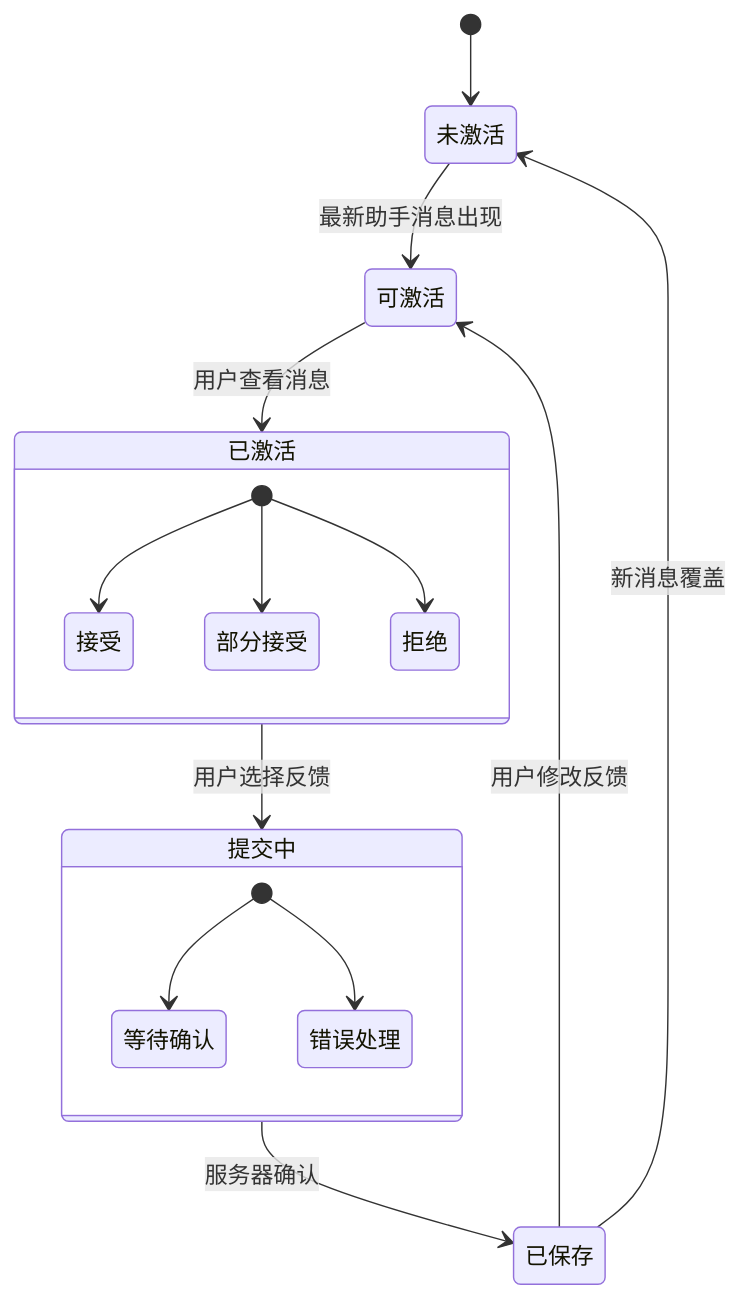
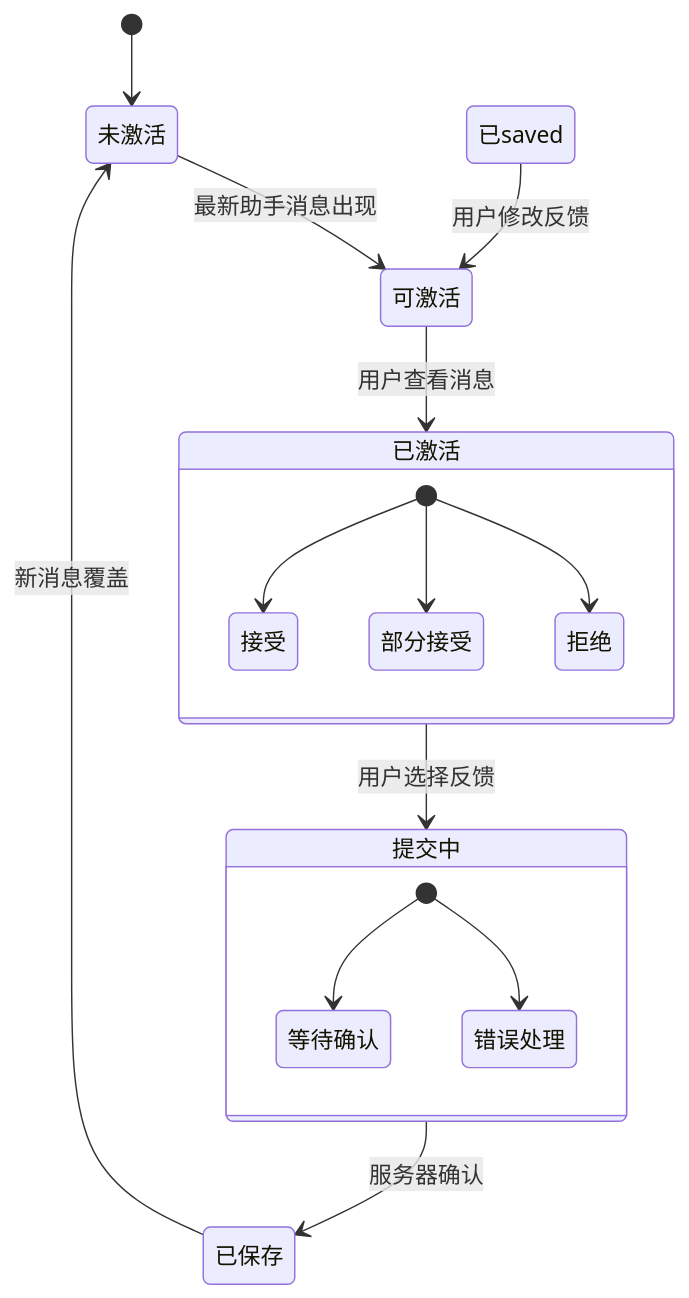
One commit to Sinlair/TravelAgent changed the fifth of 7 diagrams in .qoder/repowiki/zh/content/前端开发指南/Vue组件架构/聊天面板组件.md. Above: the diagram before and after it, drawn with Mermaid. The commit also changed other lines of this file and 53 other files, not shown here.

````diff
--- a/.qoder/repowiki/zh/content/前端开发指南/Vue组件架构/聊天面板组件.md
+++ b/.qoder/repowiki/zh/content/前端开发指南/Vue组件架构/聊天面板组件.md
@@ -254,19 +265,19 @@
 ```mermaid
 stateDiagram-v2
 [*] --> 未激活
 未激活 --> 可激活 : 最新助手消息出现
 可激活 --> 已激活 : 用户查看消息
 已激活 --> 提交中 : 用户选择反馈
 提交中 --> 已保存 : 服务器确认
-已保存 --> 可激活 : 用户修改反馈
+已saved --> 可激活 : 用户修改反馈
 已保存 --> 未激活 : 新消息覆盖
 state 已激活 {
 [*] --> 接受
 [*] --> 部分接受
 [*] --> 拒绝
 }
 state 提交中 {
 [*] --> 等待确认
 [*] --> 错误处理
 }
 ```
````
